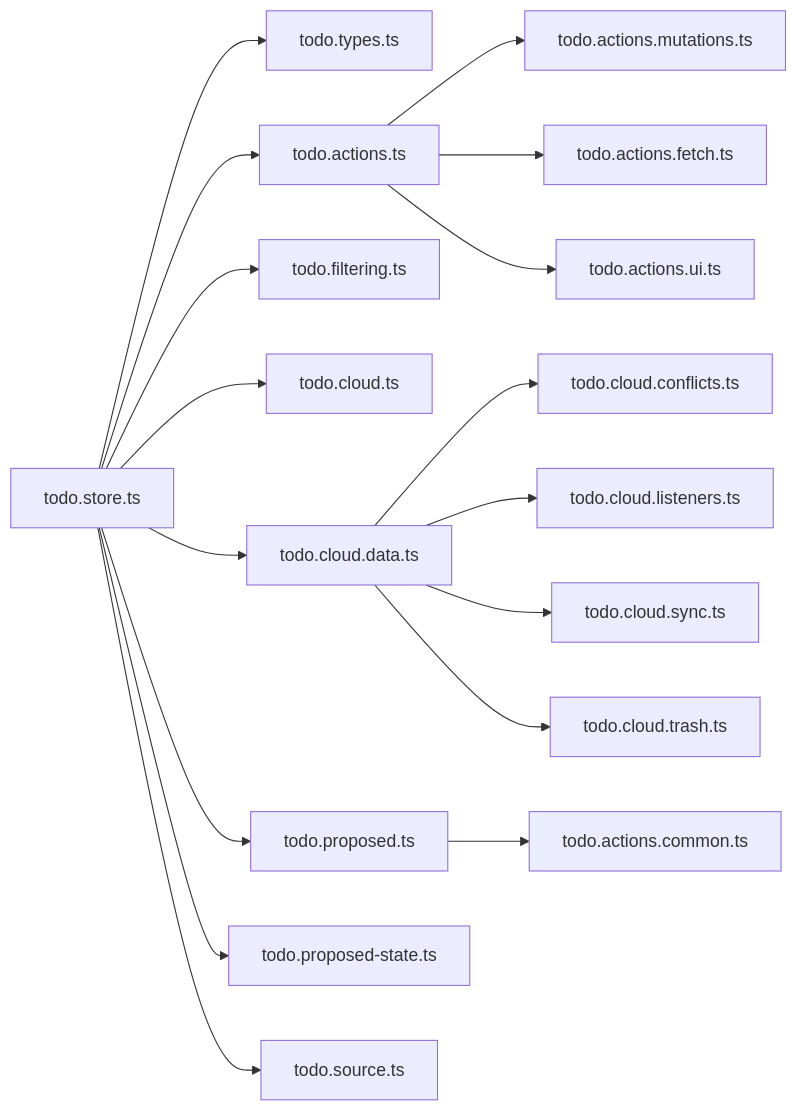
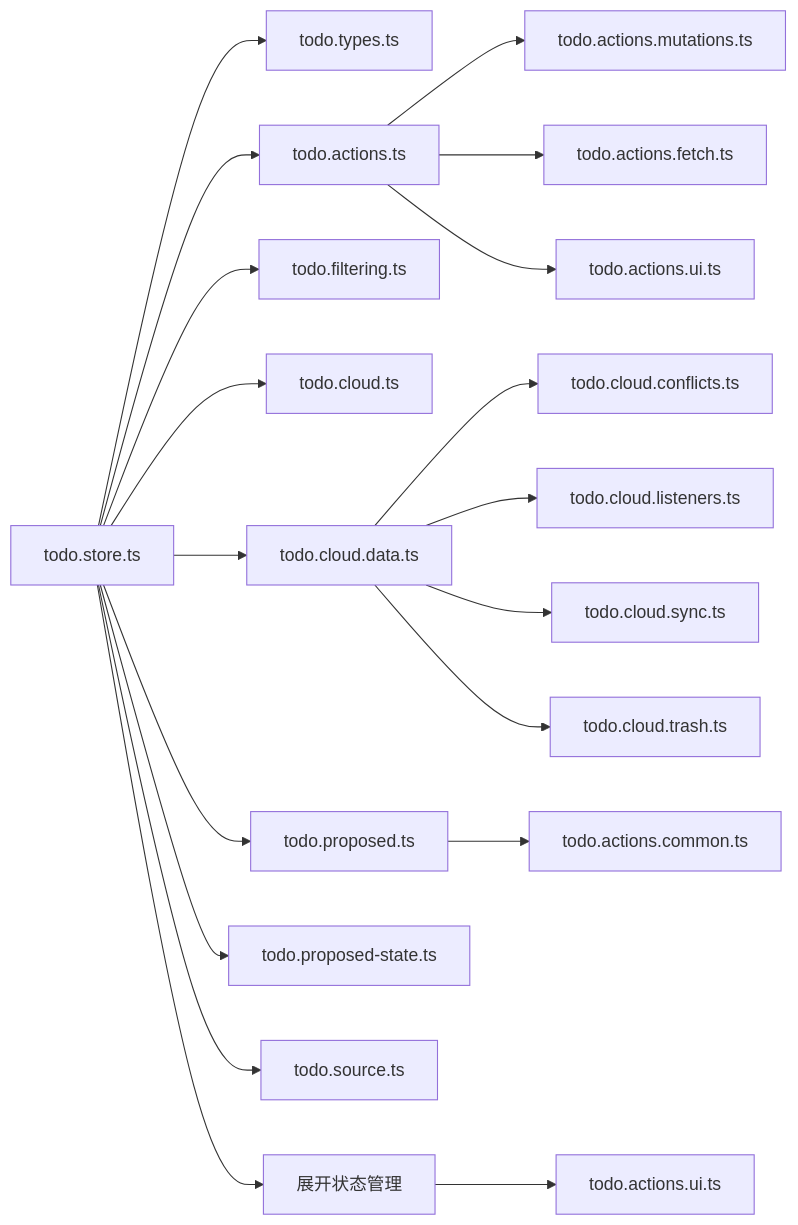
One commit to xixixiaoyu/Todo changed the fourth of 4 diagrams in .qoder/repowiki/zh/content/前端开发/状态管理/待办事项状态.md. Above: the diagram before and after it, drawn with Mermaid. The commit also changed other lines of this file and 6 other files, not shown here.

````diff
--- a/.qoder/repowiki/zh/content/前端开发/状态管理/待办事项状态.md
+++ b/.qoder/repowiki/zh/content/前端开发/状态管理/待办事项状态.md
@@ -484,19 +557,21 @@
 ```mermaid
 graph LR
 Store["todo.store.ts"] --> Types["todo.types.ts"]
 Store --> Actions["todo.actions.ts"]
 Store --> Filtering["todo.filtering.ts"]
 Store --> Cloud["todo.cloud.ts"]
 Store --> CloudData["todo.cloud.data.ts"]
 Store --> Proposed["todo.proposed.ts"]
 Store --> PropState["todo.proposed-state.ts"]
 Store --> Source["todo.source.ts"]
+Store --> Expansion["展开状态管理"]
 Actions --> Mutations["todo.actions.mutations.ts"]
 Actions --> Fetch["todo.actions.fetch.ts"]
 Actions --> UI["todo.actions.ui.ts"]
 Proposed --> Common["todo.actions.common.ts"]
 CloudData --> Conflicts["todo.cloud.conflicts.ts"]
 CloudData --> Listeners["todo.cloud.listeners.ts"]
 CloudData --> Sync["todo.cloud.sync.ts"]
 CloudData --> Trash["todo.cloud.trash.ts"]
+Expansion --> UIActions["todo.actions.ui.ts"]
 ```
````
